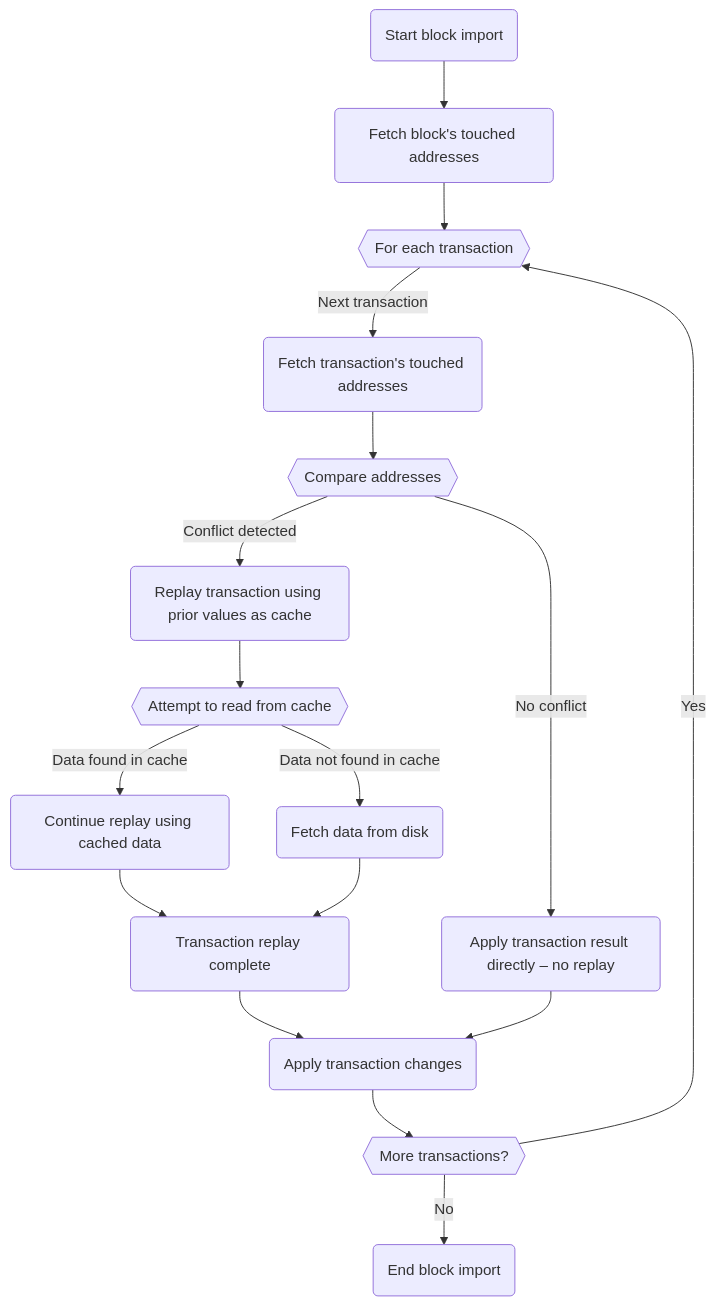
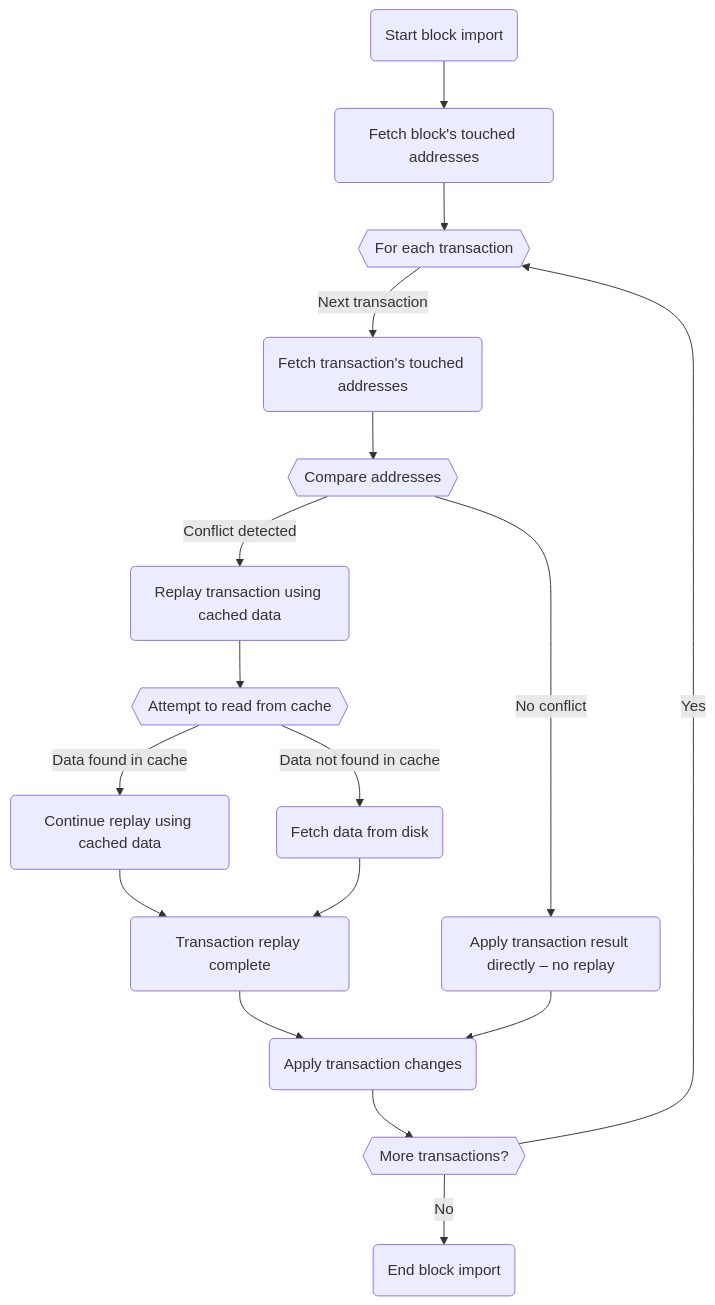
The second of 3 diagrams in docs/public-networks/concepts/parallel-transaction-execution.md (hyperledger/besu-docs), drawn with Mermaid before and after one commit. The commit also changed other lines of this file, not shown here.

````diff
--- a/docs/public-networks/concepts/parallel-transaction-execution.md
+++ b/docs/public-networks/concepts/parallel-transaction-execution.md
@@ -80,19 +79,19 @@
 ```mermaid
 graph TD;
   A(Start block import) --> B(Fetch block's touched addresses);
   B --> C{{For each transaction}};
   C -->|Next transaction| D(Fetch transaction's touched addresses);
   D --> E{{Compare addresses}};
-  E -->|Conflict detected| F(Replay transaction using prior values as cache);
+  E -->|Conflict detected| F(Replay transaction using cached data);
   E -->|No conflict| G(Apply transaction result directly – no replay);
   F --> H{{Attempt to read from cache}};
   H -->|Data found in cache| I(Continue replay using cached data);
   H -->|Data not found in cache| J(Fetch data from disk);
   I --> K(Transaction replay complete);
   J --> K;
   K --> L(Apply transaction changes);
   G --> L;
   L --> M{{More transactions?}};
   M -->|Yes| C;
   M -->|No| N(End block import);
 ```
````
